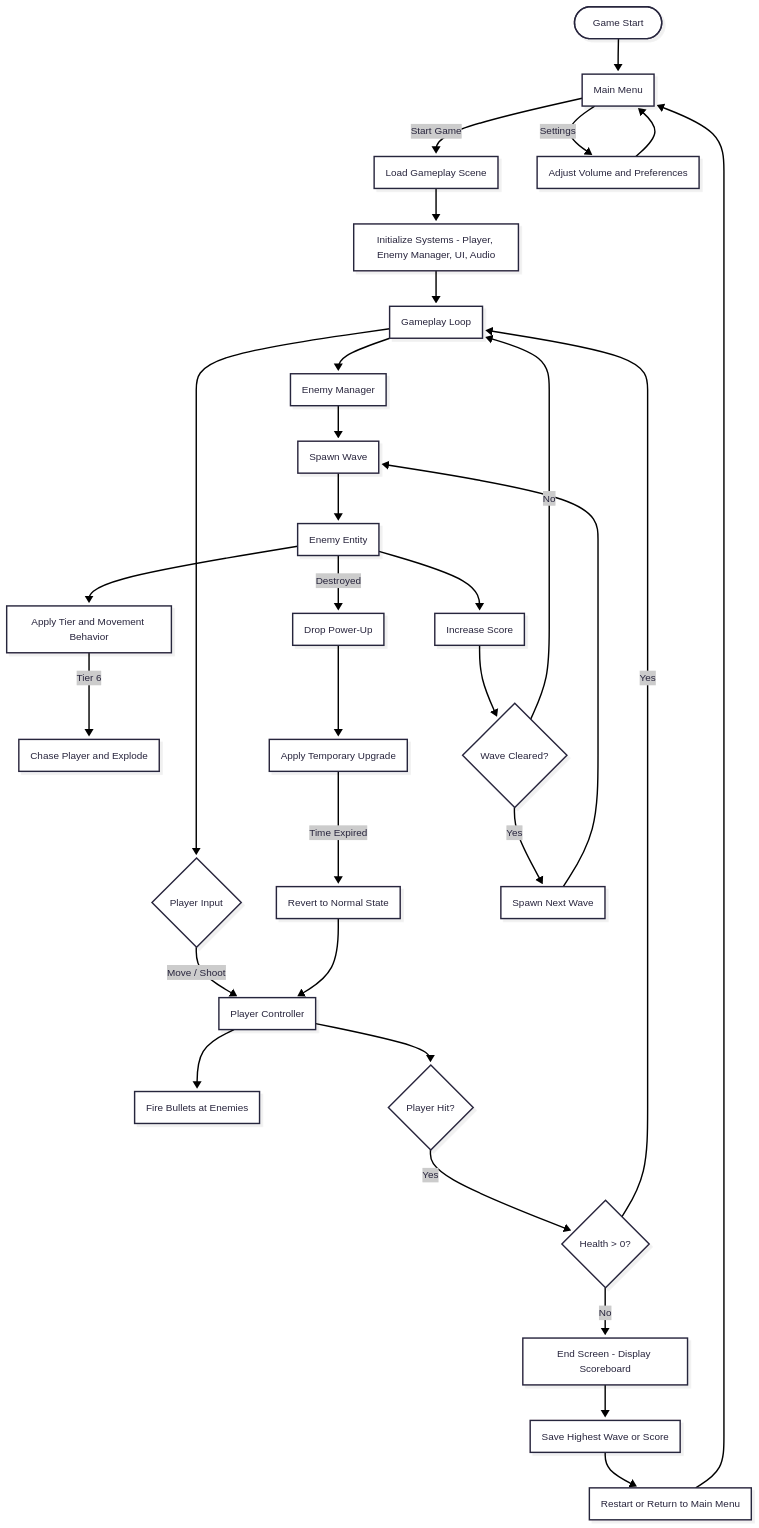
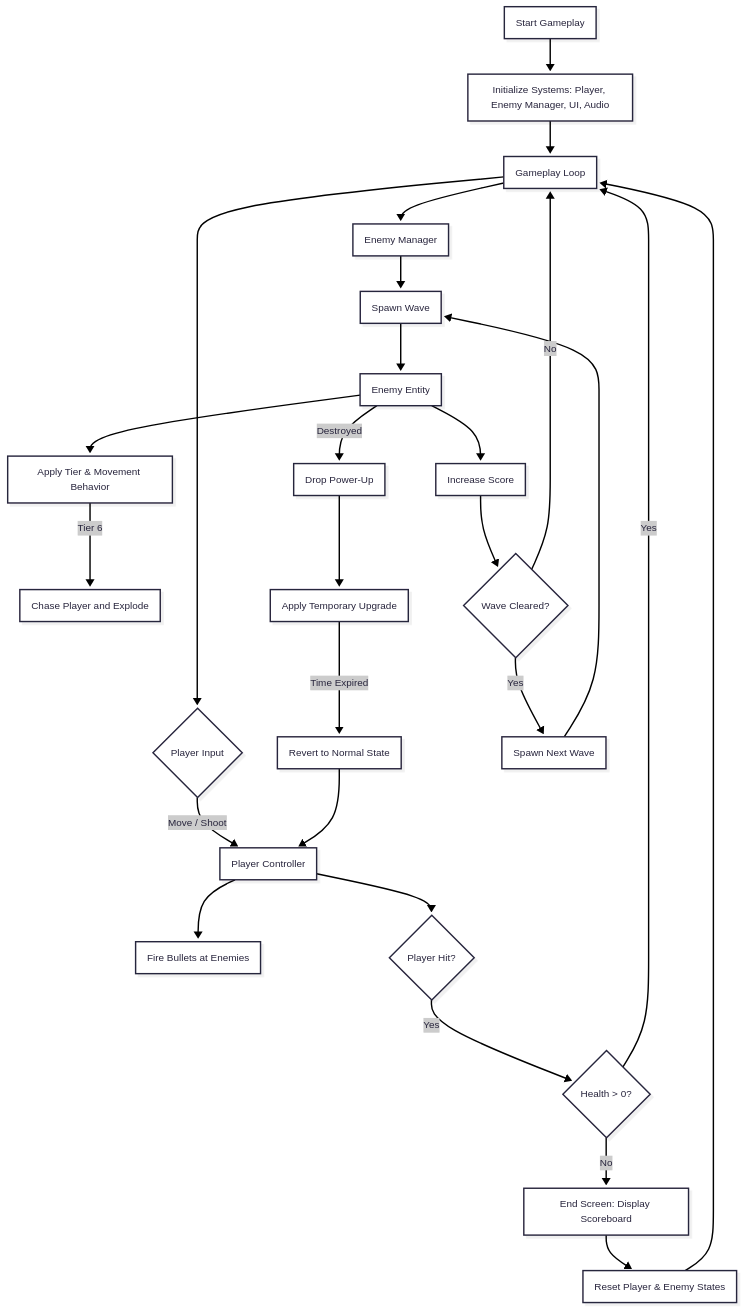
The third of 4 diagrams in README.md (Justsomeguy241/Game-ProgrammingClass), drawn with Mermaid before and after one commit.

````diff
--- a/README.md
+++ b/README.md
@@ -193,52 +193,47 @@
 ```mermaid
 ---
 config:
   theme: redux
   look: neo
 ---
 flowchart TD
-  start(["Game Start"])
-  start --> menu["Main Menu"]
-  menu -->|"Start Game"| load["Load Gameplay Scene"]
-  menu -->|"Settings"| options["Adjust Volume and Preferences"]
-  options --> menu
+  start["Start Gameplay"]
+  start --> init["Initialize Systems: Player, Enemy Manager, UI, Audio"]
 
   %% === GAMEPLAY CORE ===
-  load --> init["Initialize Systems - Player, Enemy Manager, UI, Audio"]
-  init --> play["Gameplay Loop"]
-
-  play --> playerInput{"Player Input"}
-  playerInput -->|"Move / Shoot"| player["Player Controller"]
+  init --> loop["Gameplay Loop"]
+  loop --> input{"Player Input"}
+  input -->|"Move / Shoot"| player["Player Controller"]
   player --> shoot["Fire Bullets at Enemies"]
 
   %% === ENEMY SYSTEM ===
-  play --> EM["Enemy Manager"]
+  loop --> EM["Enemy Manager"]
   EM --> spawn["Spawn Wave"]
   spawn --> enemy["Enemy Entity"]
-  enemy --> behavior["Apply Tier and Movement Behavior"]
+  enemy --> behavior["Apply Tier & Movement Behavior"]
   behavior -->|"Tier 6"| chase["Chase Player and Explode"]
   enemy -->|"Destroyed"| drop["Drop Power-Up"]
   drop --> upgrade["Apply Temporary Upgrade"]
 
   %% === POWER-UP SYSTEM ===
   upgrade -->|"Time Expired"| revert["Revert to Normal State"]
   revert --> player
 
   %% === SCORE AND WAVE LOGIC ===
   enemy --> score["Increase Score"]
   score --> waves{"Wave Cleared?"}
   waves -->|"Yes"| nextWave["Spawn Next Wave"]
-  waves -->|"No"| play
+  waves -->|"No"| loop
   nextWave --> spawn
 
   %% === HEALTH / GAME OVER ===
   player --> hit{"Player Hit?"}
   hit -->|"Yes"| hpCheck{"Health > 0?"}
-  hpCheck -->|"No"| endScr["End Screen - Display Scoreboard"]
-  hpCheck -->|"Yes"| play
+  hpCheck -->|"No"| endScr["End Screen: Display Scoreboard"]
+  hpCheck -->|"Yes"| loop
 
-  endScr --> save["Save Highest Wave or Score"]
-  save --> restart["Restart or Return to Main Menu"]
-  restart --> menu
+  %% === LOOP BACK AFTER DEATH ===
+  endScr --> reset["Reset Player & Enemy States"]
+  reset --> loop
 
 ```
````
